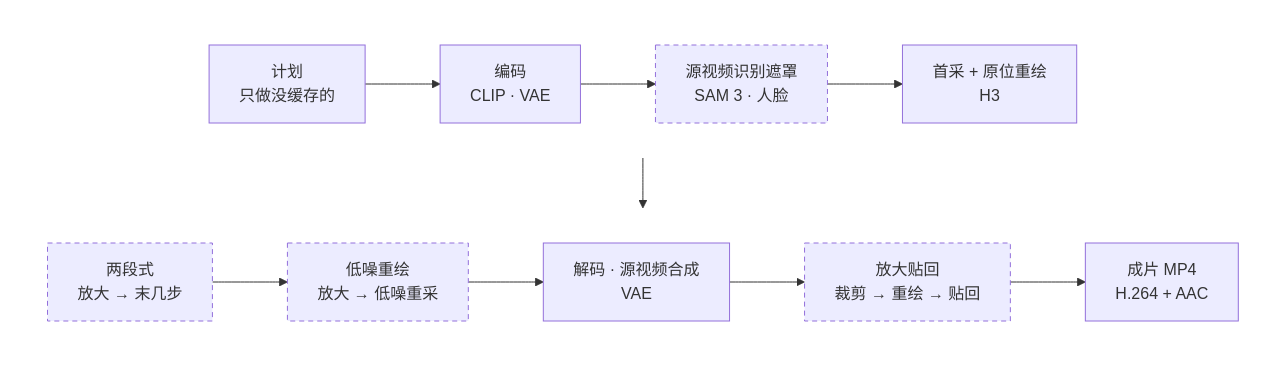
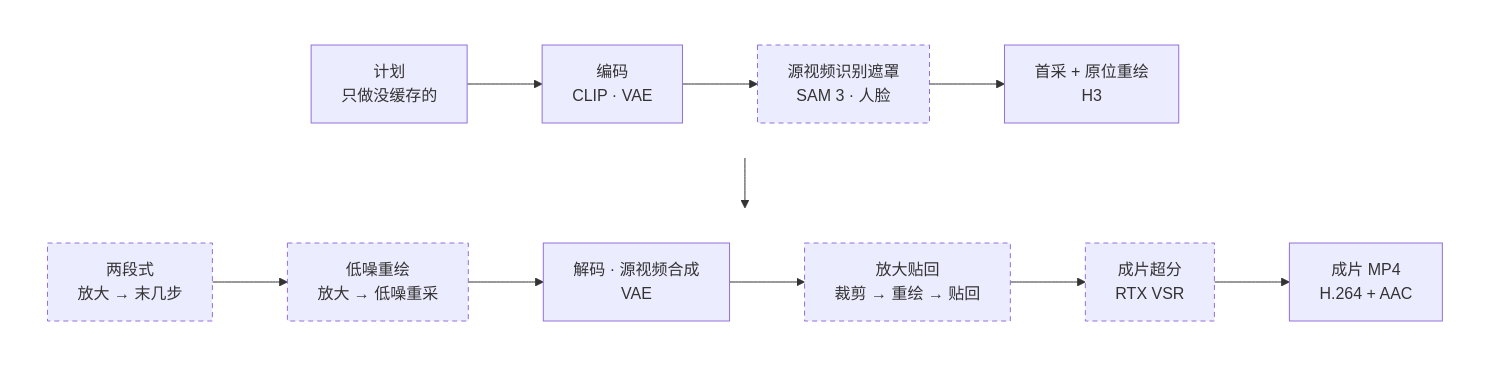
The diagram in README.md (yogurt7771/ComfyUI-YogurtNodes-MinimaxH3Director), drawn with Mermaid before and after one commit. The commit also changed other lines of this file and 15 other files, not shown here.

````diff
--- a/README.md
+++ b/README.md
@@ -299,16 +309,16 @@
 ```mermaid
 flowchart TB
     subgraph first [" "]
         direction LR
         plan["计划<br/>只做没缓存的"] --> enc["编码<br/>CLIP · VAE"] --> seg["源视频识别遮罩<br/>SAM 3 · 人脸"] --> base["首采 + 原位重绘<br/>H3"]
     end
     subgraph second [" "]
         direction LR
-        tp["两段式<br/>放大 → 末几步"] --> rr["低噪重绘<br/>放大 → 低噪重采"] --> dec["解码 · 源视频合成<br/>VAE"] --> crop["放大贴回<br/>裁剪 → 重绘 → 贴回"] --> mp4["成片 MP4<br/>H.264 + AAC"]
+        tp["两段式<br/>放大 → 末几步"] --> rr["低噪重绘<br/>放大 → 低噪重采"] --> dec["解码 · 源视频合成<br/>VAE"] --> crop["放大贴回<br/>裁剪 → 重绘 → 贴回"] --> sr["成片超分<br/>RTX VSR"] --> mp4["成片 MP4<br/>H.264 + AAC"]
     end
     first --> second
     classDef optional stroke-dasharray: 5 4
-    class seg,tp,rr,crop optional
+    class seg,tp,rr,crop,sr optional
     style first fill:none,stroke:none
     style second fill:none,stroke:none
 ```
````
